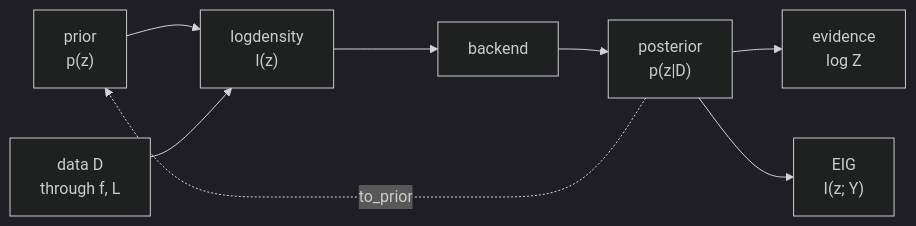
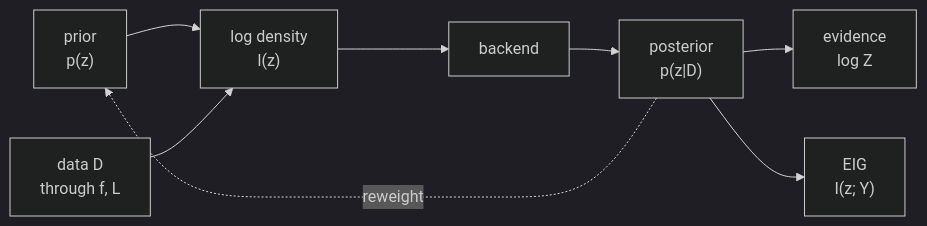
Before and after one commit to CoreySpohn/photomancy: the diagram in docs/explanation/glossary.md, drawn with Mermaid (dark theme). The commit also changed other lines of this file and 1 other file, not shown here.

Commit message:
docs: describe the fit, term and Posterior API in architecture and glossary

````diff
--- a/docs/explanation/glossary.md
+++ b/docs/explanation/glossary.md
@@ -14,18 +14,18 @@
 ```mermaid
 flowchart LR
     prior["prior<br/>p(z)"]
     obs["data D<br/>through f, L"]
-    ld["logdensity<br/>l(z)"]
+    ld["log density<br/>l(z)"]
     backend["backend"]
     post["posterior<br/>p(z#124;D)"]
     Z["evidence<br/>log Z"]
     eig["EIG<br/>I(z; Y)"]
 
     prior --> ld
     obs --> ld
     ld --> backend
     backend --> post
     post --> Z
     post --> eig
-    post -.->|to_prior| prior
+    post -.->|reweight| prior
 ```
````
